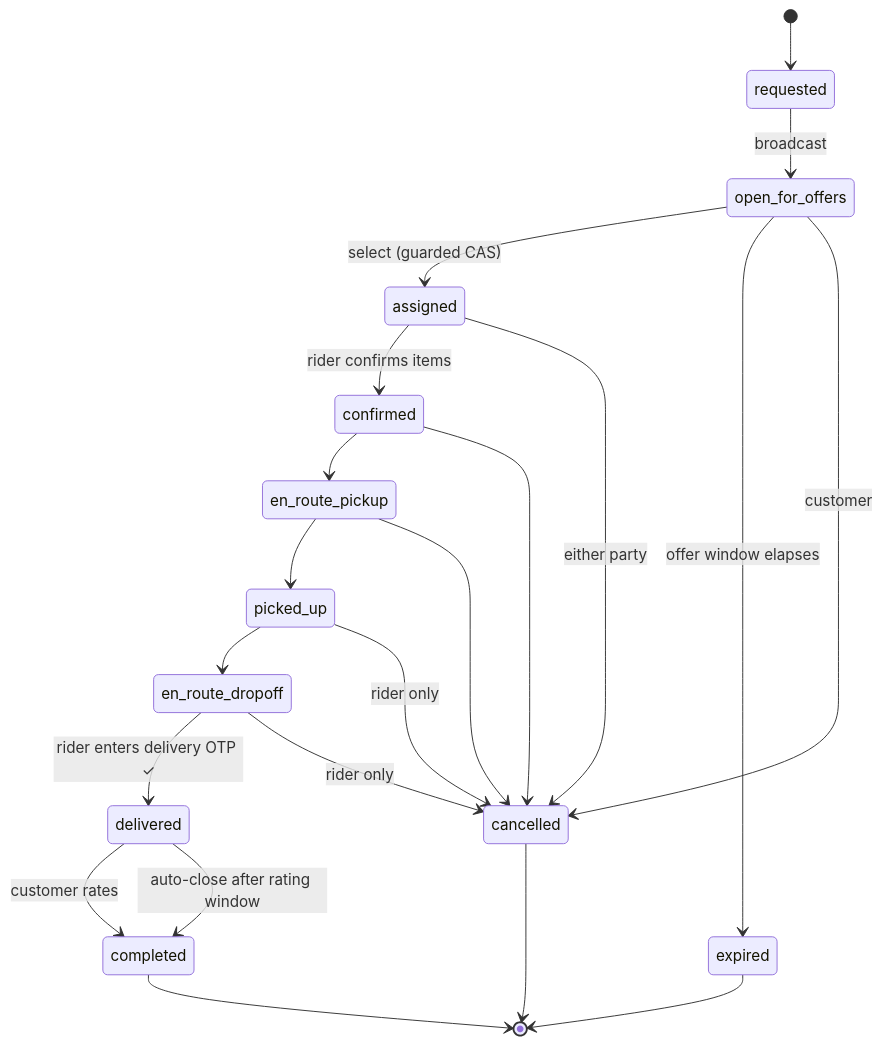
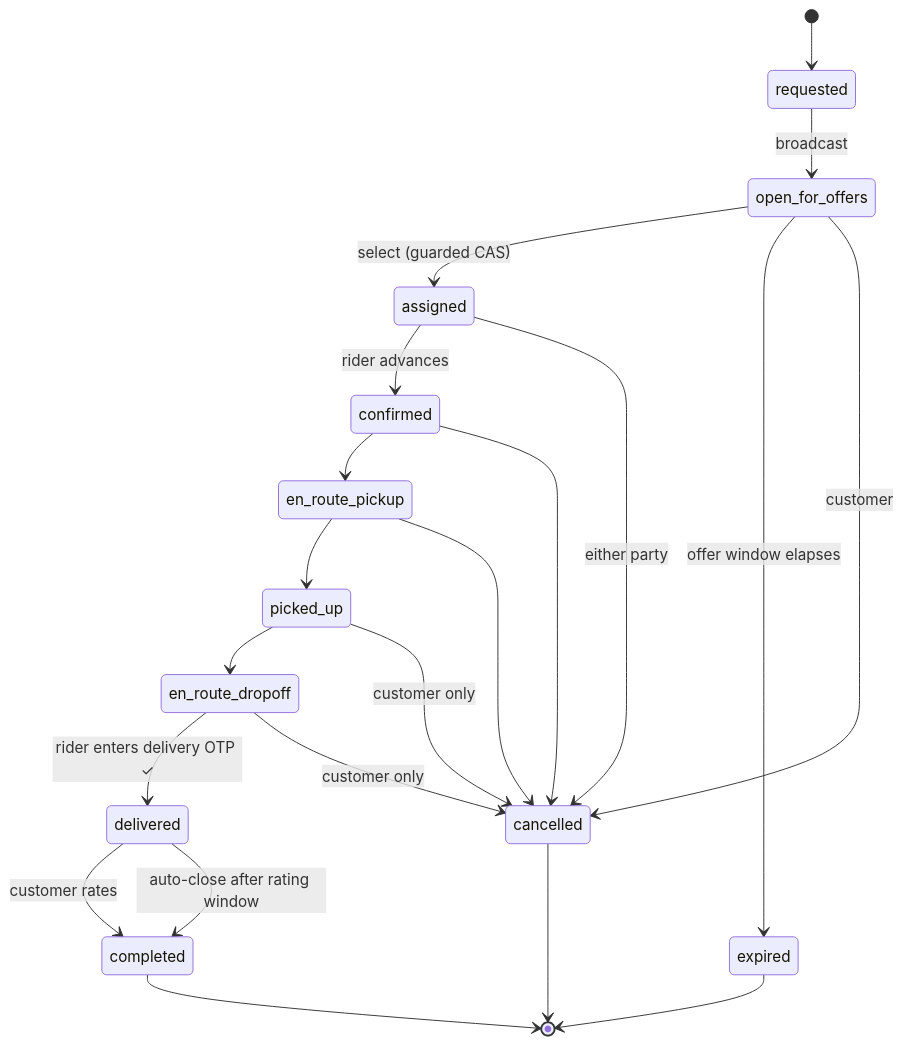
The eighth of 16 diagrams in docs/ARCHITECTURE.md (unnfazzed/Lynia), drawn with Mermaid before and after one commit. The commit also changed other lines of this file and 6 other files, not shown here.

````diff
--- a/docs/ARCHITECTURE.md
+++ b/docs/ARCHITECTURE.md
@@ -591,27 +591,27 @@
 ```mermaid
 stateDiagram-v2
     [*] --> requested
     requested --> open_for_offers : broadcast
     open_for_offers --> assigned : select (guarded CAS)
     open_for_offers --> expired : offer window elapses
 
-    assigned --> confirmed : rider confirms items
+    assigned --> confirmed : rider advances
     confirmed --> en_route_pickup
     en_route_pickup --> picked_up
     picked_up --> en_route_dropoff
     en_route_dropoff --> delivered : rider enters delivery OTP ✓
 
     delivered --> completed : customer rates
     delivered --> completed : auto-close after rating window
 
     assigned --> cancelled : either party
     confirmed --> cancelled
     en_route_pickup --> cancelled
-    picked_up --> cancelled : rider only
-    en_route_dropoff --> cancelled : rider only
+    picked_up --> cancelled : customer only
+    en_route_dropoff --> cancelled : customer only
     open_for_offers --> cancelled : customer
 
     completed --> [*]
     cancelled --> [*]
     expired --> [*]
 ```
````
